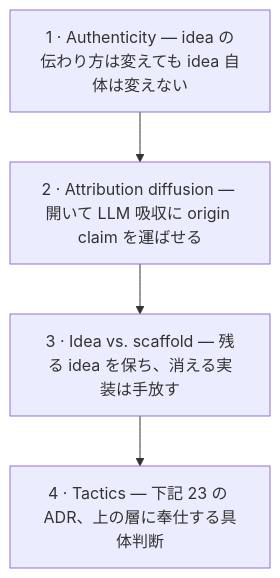
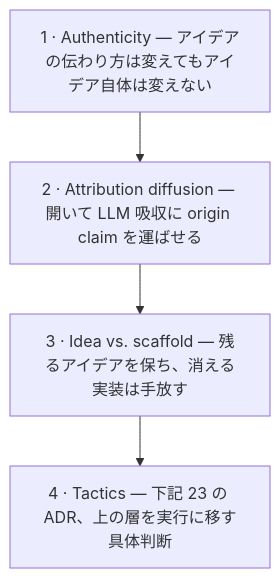
Before and after one commit to shimo4228/authorship-strategy: the diagram in README.ja.md, drawn with Mermaid. The commit also changed other lines of this file and 4 other files, not shown here.

````diff
--- a/README.ja.md
+++ b/README.ja.md
@@ -29,6 +31,6 @@
 ```mermaid
 flowchart TD
-    A["1 · Authenticity — idea の伝わり方は変えても idea 自体は変えない"] --> B["2 · Attribution diffusion — 開いて LLM 吸収に origin claim を運ばせる"]
-    B --> C["3 · Idea vs. scaffold — 残る idea を保ち、消える実装は手放す"]
-    C --> D["4 · Tactics — 下記 23 の ADR、上の層に奉仕する具体判断"]
+    A["1 · Authenticity — アイデアの伝わり方は変えてもアイデア自体は変えない"] --> B["2 · Attribution diffusion — 開いて LLM 吸収に origin claim を運ばせる"]
+    B --> C["3 · Idea vs. scaffold — 残るアイデアを保ち、消える実装は手放す"]
+    C --> D["4 · Tactics — 下記 23 の ADR、上の層を実行に移す具体判断"]
 ```
````
